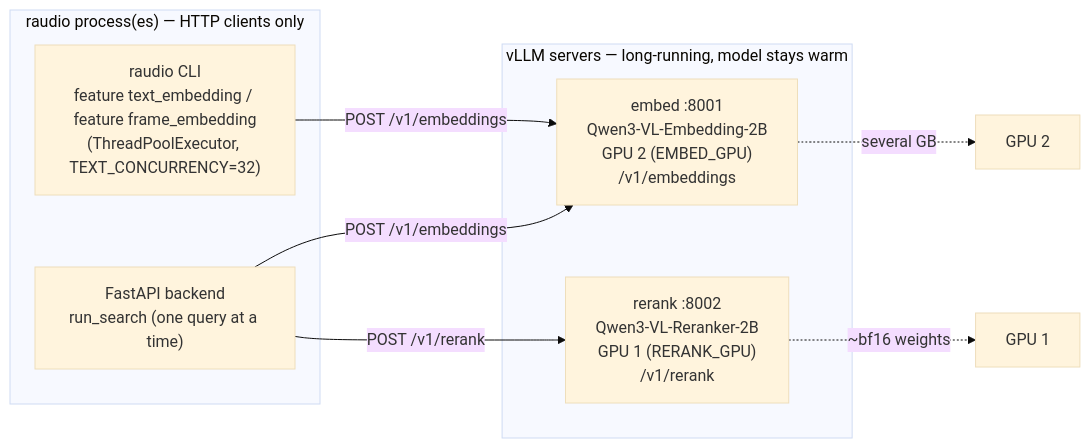
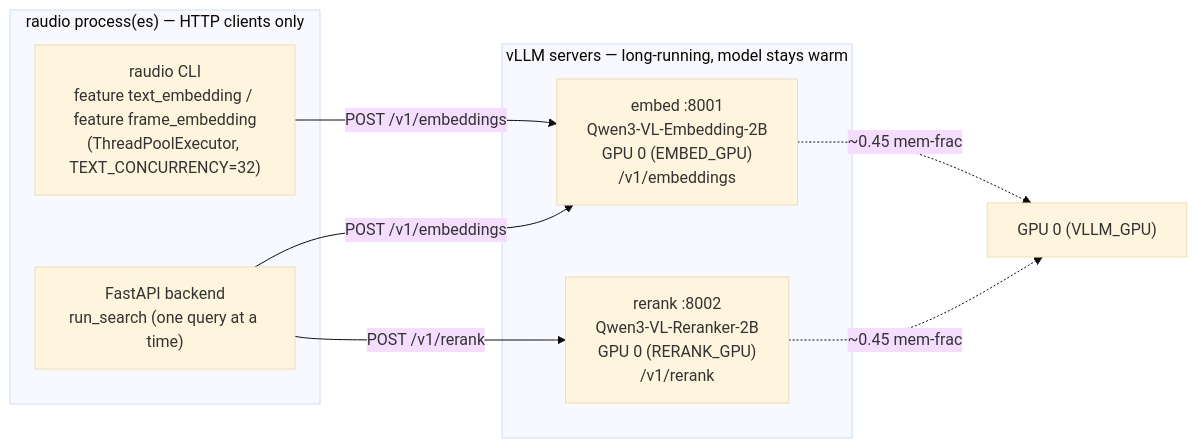
One commit to Borg93/lance-audio-demo changed the first of 5 diagrams in docs/EMBEDDINGS.md. Above: the diagram before and after it, drawn with Mermaid (base theme). The commit also changed other lines of this file and 29 other files, not shown here.

First line of the commit message:
Embedding Atlas: WebGPU scatter, EVōC text+visual projections, cross-filter

````diff
--- a/docs/EMBEDDINGS.md
+++ b/docs/EMBEDDINGS.md
@@ -76,19 +76,19 @@
 ```mermaid
 flowchart LR
     subgraph clients["raudio process(es) — HTTP clients only"]
         CLI["raudio CLI<br/>feature text_embedding / feature frame_embedding<br/>(ThreadPoolExecutor, TEXT_CONCURRENCY=32)"]
         API["FastAPI backend<br/>run_search (one query at a time)"]
     end
 
     subgraph servers["vLLM servers — long-running, model stays warm"]
-        EMB["embed :8001<br/>Qwen3-VL-Embedding-2B<br/>GPU 2 (EMBED_GPU)<br/>/v1/embeddings"]
-        RER["rerank :8002<br/>Qwen3-VL-Reranker-2B<br/>GPU 1 (RERANK_GPU)<br/>/v1/rerank"]
+        EMB["embed :8001<br/>Qwen3-VL-Embedding-2B<br/>GPU 0 (EMBED_GPU)<br/>/v1/embeddings"]
+        RER["rerank :8002<br/>Qwen3-VL-Reranker-2B<br/>GPU 0 (RERANK_GPU)<br/>/v1/rerank"]
     end
 
     CLI -->|"POST /v1/embeddings"| EMB
     API -->|"POST /v1/embeddings"| EMB
     API -->|"POST /v1/rerank"| RER
 
-    EMB -.->|"several GB"| GPU2["GPU 2"]
-    RER -.->|"~bf16 weights"| GPU1["GPU 1"]
+    EMB -.->|"~0.45 mem-frac"| GPU0["GPU 0 (VLLM_GPU)"]
+    RER -.->|"~0.45 mem-frac"| GPU0
 ```
````
